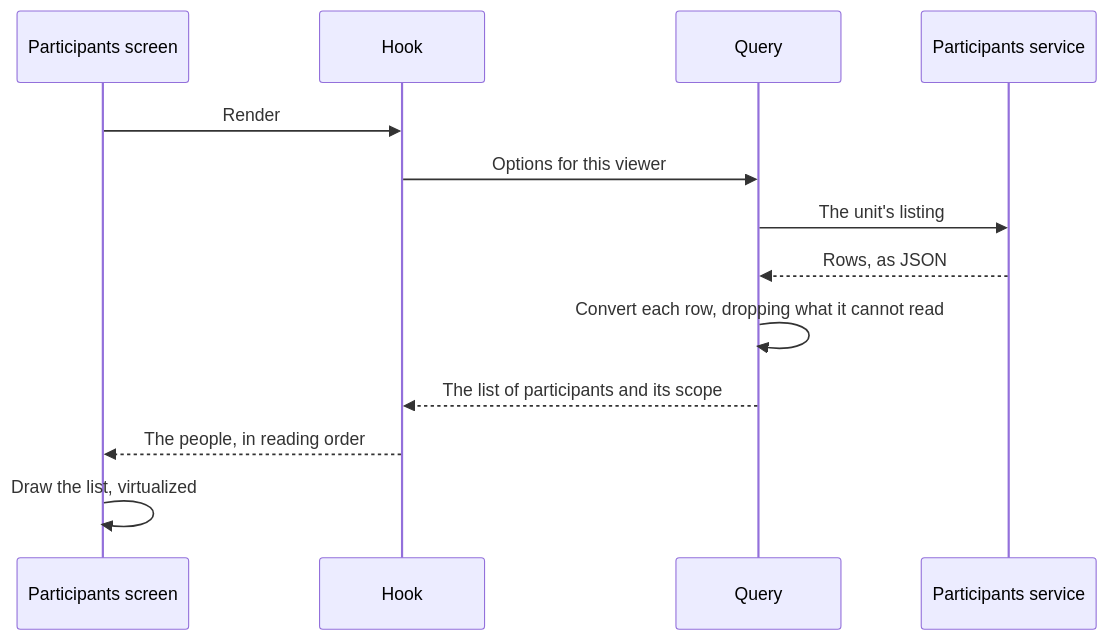
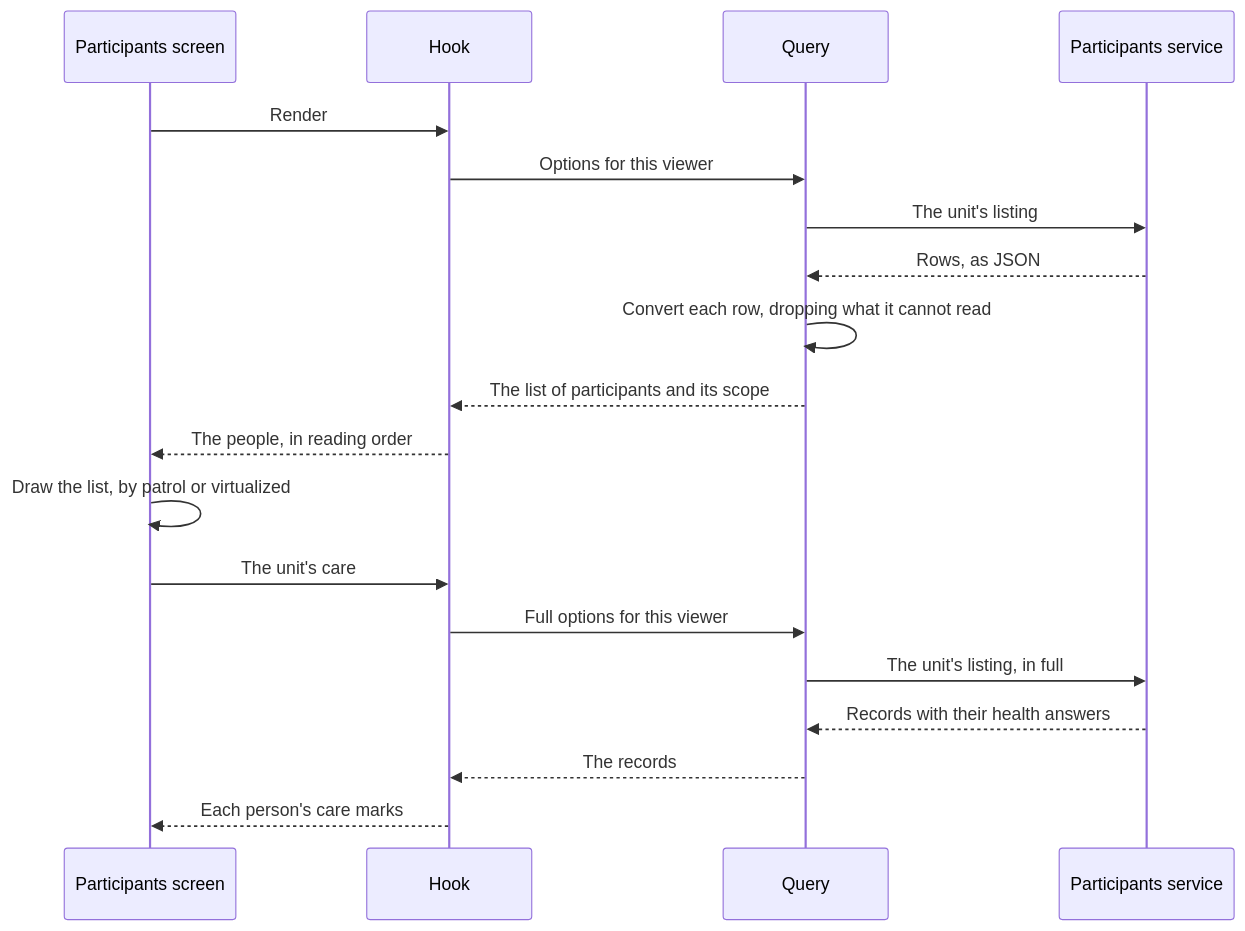
The diagram in docs/guidebook/architecture/example-flows/show-participants.md (Scouterna/wsj27-campfire), drawn with Mermaid before and after one commit. The commit also changed other lines of this file and 179 other files, not shown here.

First line of the commit message:
feat: let leaders put their unit into patrols

````diff
--- a/docs/guidebook/architecture/example-flows/show-participants.md
+++ b/docs/guidebook/architecture/example-flows/show-participants.md
@@ -15,16 +15,22 @@
 ```mermaid
 sequenceDiagram
   participant Screen as Participants screen
   participant Hook
   participant Query
   participant Service as Participants service
 
   Screen->>Hook: Render
   Hook->>Query: Options for this viewer
   Query->>Service: The unit's listing
   Service-->>Query: Rows, as JSON
   Query->>Query: Convert each row, dropping what it cannot read
   Query-->>Hook: The list of participants and its scope
   Hook-->>Screen: The people, in reading order
-  Screen->>Screen: Draw the list, virtualized
+  Screen->>Screen: Draw the list, by patrol or virtualized
+  Screen->>Hook: The unit's care
+  Hook->>Query: Full options for this viewer
+  Query->>Service: The unit's listing, in full
+  Service-->>Query: Records with their health answers
+  Query-->>Hook: The records
+  Hook-->>Screen: Each person's care marks
 ```
````
